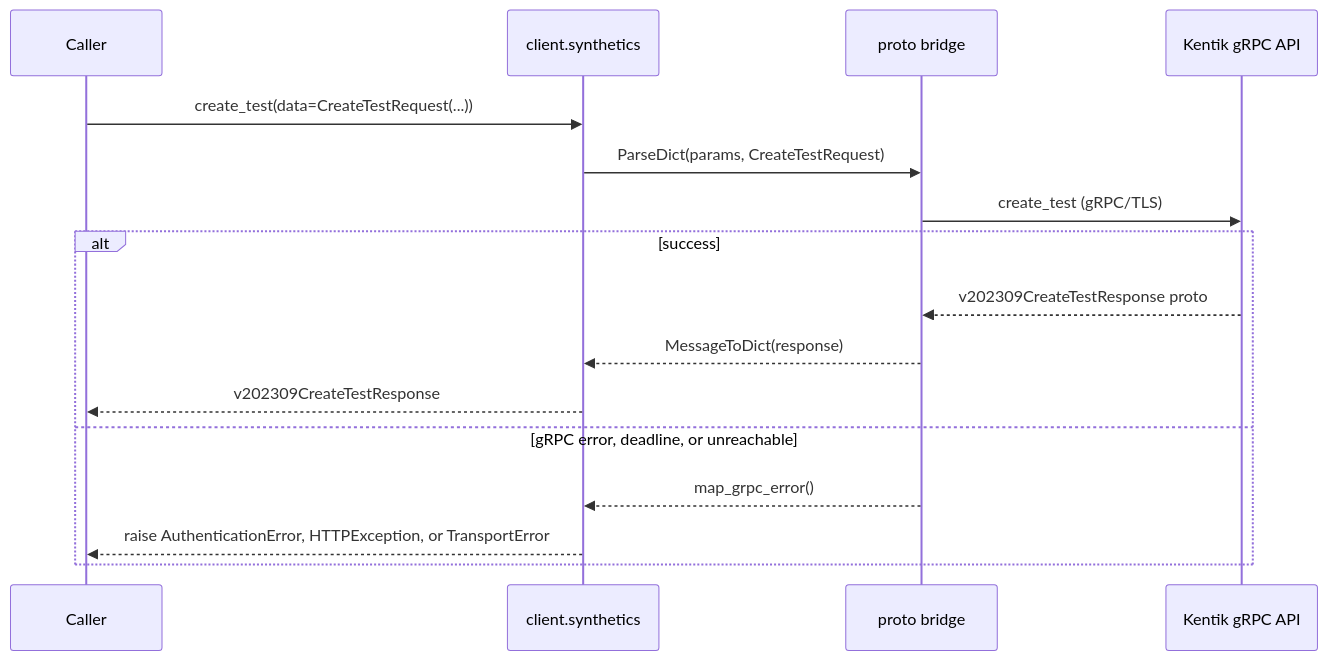
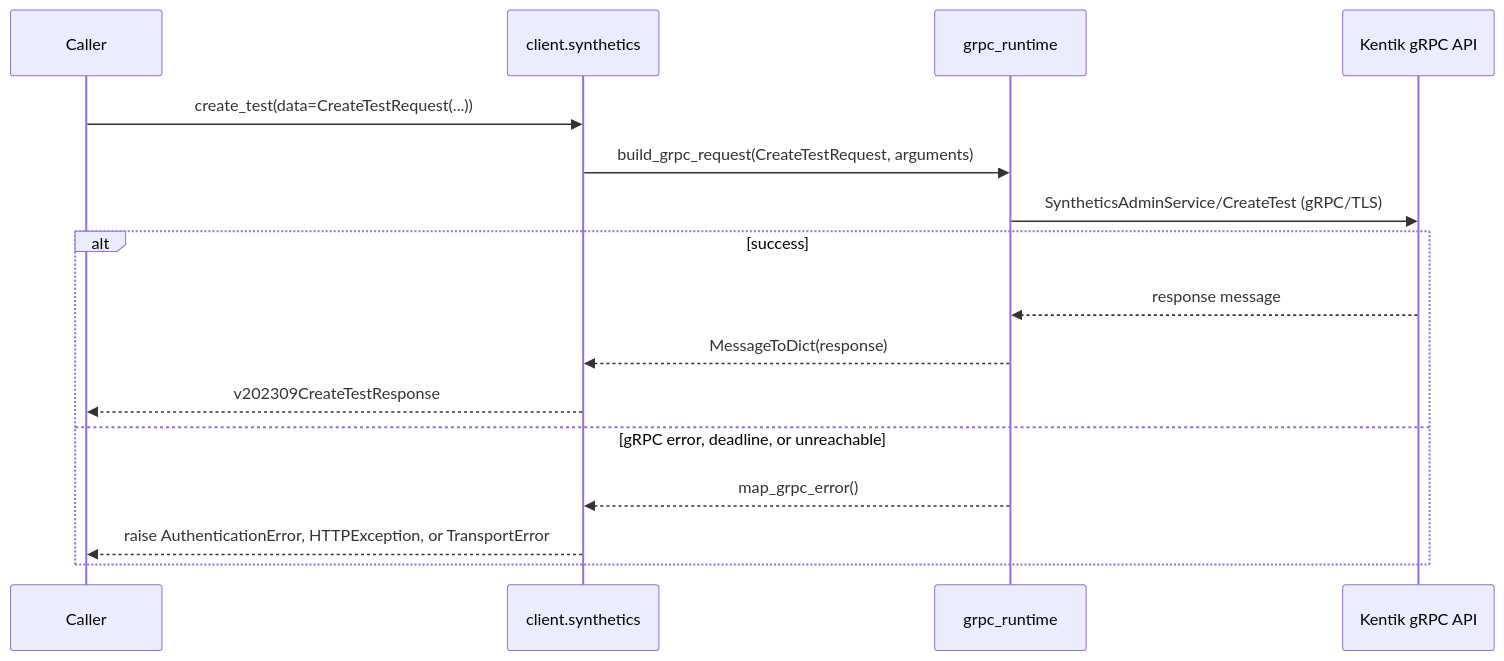
Before and after one commit to alexdearaujo/community_sdk_python: diagram 23 of 38 in docs/sphinx/services/synthetics.md, drawn with Mermaid. The commit also changed other lines of this file and 37 other files, not shown here.

First line of the commit message:
docs: show the real RPC in each service page's gRPC diagram

````diff
--- a/docs/sphinx/services/synthetics.md
+++ b/docs/sphinx/services/synthetics.md
@@ -807,19 +807,19 @@
 ```mermaid
 sequenceDiagram
     participant C as Caller
     participant W as client.synthetics
-    participant B as proto bridge
+    participant R as grpc_runtime
     participant API as Kentik gRPC API
 
     C->>W: create_test(data=CreateTestRequest(...))
-    W->>B: ParseDict(params, CreateTestRequest)
-    B->>API: create_test (gRPC/TLS)
+    W->>R: build_grpc_request(CreateTestRequest, arguments)
+    R->>API: SyntheticsAdminService/CreateTest (gRPC/TLS)
     alt success
-        API-->>B: v202309CreateTestResponse proto
-        B-->>W: MessageToDict(response)
+        API-->>R: response message
+        R-->>W: MessageToDict(response)
         W-->>C: v202309CreateTestResponse
     else gRPC error, deadline, or unreachable
-        B-->>W: map_grpc_error()
+        R-->>W: map_grpc_error()
         W-->>C: raise AuthenticationError, HTTPException, or TransportError
     end
 ```
````
